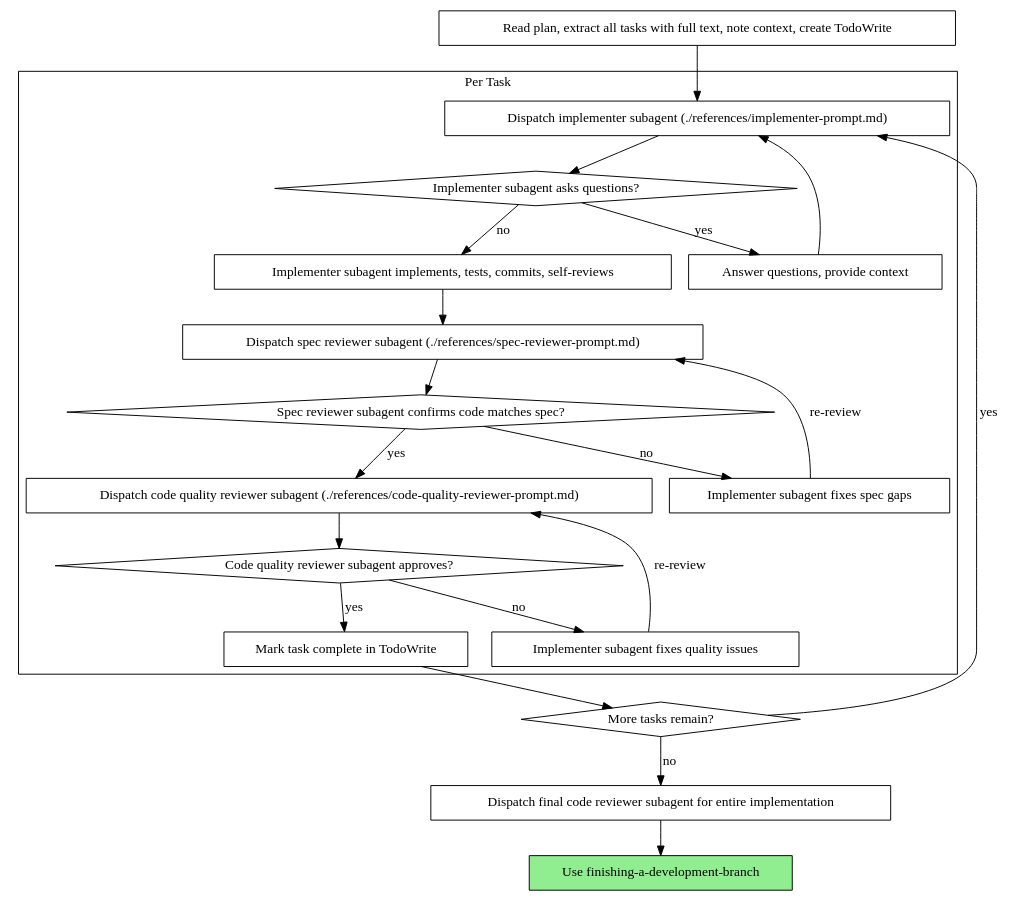
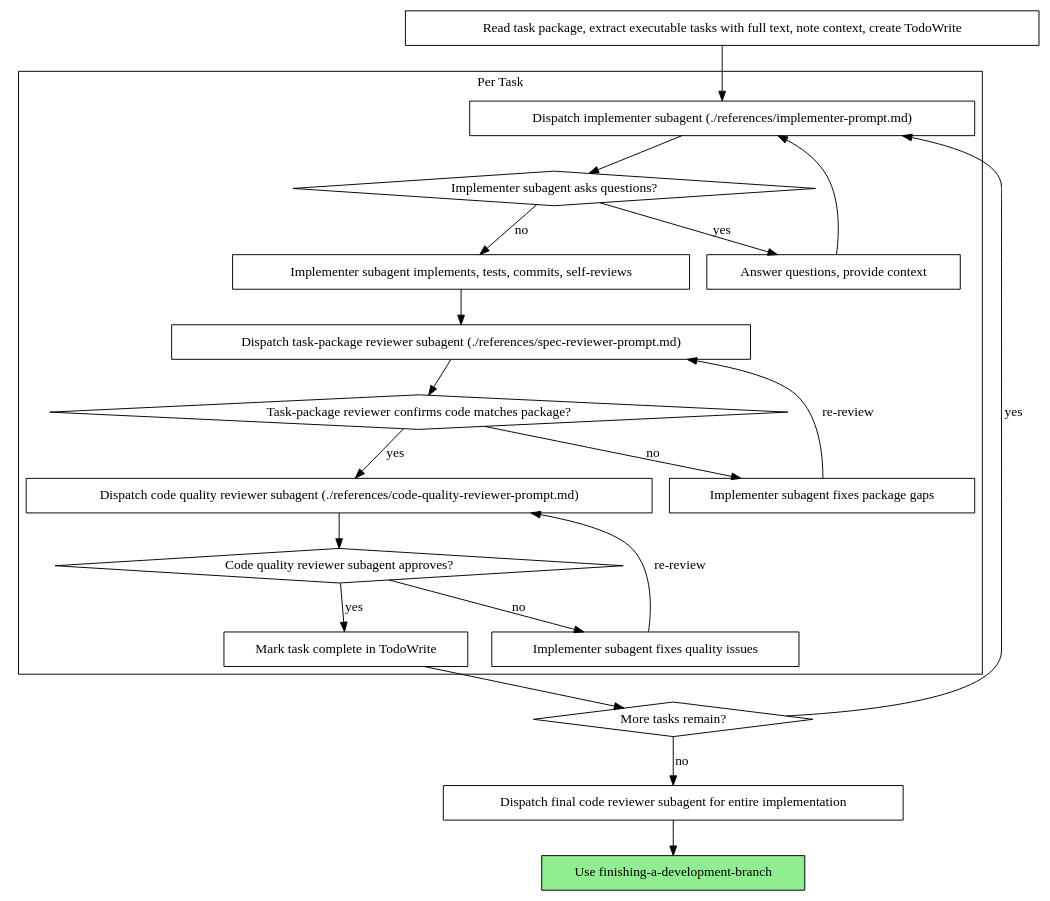
One commit to Krual-T/OpenHarness changed the second of 2 diagrams in skills/subagent-driven-development/SKILL.md. Above: the diagram before and after it, drawn with Graphviz. The commit also changed other lines of this file and 5 other files, not shown here.

Commit message:
fix: align workflow skills with task package semantics

````diff
--- a/skills/subagent-driven-development/SKILL.md
+++ b/skills/subagent-driven-development/SKILL.md
@@ -42,44 +42,44 @@
 ```dot
 digraph process {
     rankdir=TB;
 
     subgraph cluster_per_task {
         label="Per Task";
         "Dispatch implementer subagent (./references/implementer-prompt.md)" [shape=box];
         "Implementer subagent asks questions?" [shape=diamond];
         "Answer questions, provide context" [shape=box];
         "Implementer subagent implements, tests, commits, self-reviews" [shape=box];
-        "Dispatch spec reviewer subagent (./references/spec-reviewer-prompt.md)" [shape=box];
-        "Spec reviewer subagent confirms code matches spec?" [shape=diamond];
-        "Implementer subagent fixes spec gaps" [shape=box];
+        "Dispatch task-package reviewer subagent (./references/spec-reviewer-prompt.md)" [shape=box];
+        "Task-package reviewer confirms code matches package?" [shape=diamond];
+        "Implementer subagent fixes package gaps" [shape=box];
         "Dispatch code quality reviewer subagent (./references/code-quality-reviewer-prompt.md)" [shape=box];
         "Code quality reviewer subagent approves?" [shape=diamond];
         "Implementer subagent fixes quality issues" [shape=box];
         "Mark task complete in TodoWrite" [shape=box];
     }
 
-    "Read plan, extract all tasks with full text, note context, create TodoWrite" [shape=box];
+    "Read task package, extract executable tasks with full text, note context, create TodoWrite" [shape=box];
     "More tasks remain?" [shape=diamond];
     "Dispatch final code reviewer subagent for entire implementation" [shape=box];
     "Use finishing-a-development-branch" [shape=box style=filled fillcolor=lightgreen];
 
-    "Read plan, extract all tasks with full text, note context, create TodoWrite" -> "Dispatch implementer subagent (./references/implementer-prompt.md)";
+    "Read task package, extract executable tasks with full text, note context, create TodoWrite" -> "Dispatch implementer subagent (./references/implementer-prompt.md)";
     "Dispatch implementer subagent (./references/implementer-prompt.md)" -> "Implementer subagent asks questions?";
     "Implementer subagent asks questions?" -> "Answer questions, provide context" [label="yes"];
     "Answer questions, provide context" -> "Dispatch implementer subagent (./references/implementer-prompt.md)";
     "Implementer subagent asks questions?" -> "Implementer subagent implements, tests, commits, self-reviews" [label="no"];
-    "Implementer subagent implements, tests, commits, self-reviews" -> "Dispatch spec reviewer subagent (./references/spec-reviewer-prompt.md)";
-    "Dispatch spec reviewer subagent (./references/spec-reviewer-prompt.md)" -> "Spec reviewer subagent confirms code matches spec?";
-    "Spec reviewer subagent confirms code matches spec?" -> "Implementer subagent fixes spec gaps" [label="no"];
-    "Implementer subagent fixes spec gaps" -> "Dispatch spec reviewer subagent (./references/spec-reviewer-prompt.md)" [label="re-review"];
-    "Spec reviewer subagent confirms code matches spec?" -> "Dispatch code quality reviewer subagent (./references/code-quality-reviewer-prompt.md)" [label="yes"];
+    "Implementer subagent implements, tests, commits, self-reviews" -> "Dispatch task-package reviewer subagent (./references/spec-reviewer-prompt.md)";
+    "Dispatch task-package reviewer subagent (./references/spec-reviewer-prompt.md)" -> "Task-package reviewer confirms code matches package?";
+    "Task-package reviewer confirms code matches package?" -> "Implementer subagent fixes package gaps" [label="no"];
+    "Implementer subagent fixes package gaps" -> "Dispatch task-package reviewer subagent (./references/spec-reviewer-prompt.md)" [label="re-review"];
+    "Task-package reviewer confirms code matches package?" -> "Dispatch code quality reviewer subagent (./references/code-quality-reviewer-prompt.md)" [label="yes"];
     "Dispatch code quality reviewer subagent (./references/code-quality-reviewer-prompt.md)" -> "Code quality reviewer subagent approves?";
     "Code quality reviewer subagent approves?" -> "Implementer subagent fixes quality issues" [label="no"];
     "Implementer subagent fixes quality issues" -> "Dispatch code quality reviewer subagent (./references/code-quality-reviewer-prompt.md)" [label="re-review"];
     "Code quality reviewer subagent approves?" -> "Mark task complete in TodoWrite" [label="yes"];
     "Mark task complete in TodoWrite" -> "More tasks remain?";
     "More tasks remain?" -> "Dispatch implementer subagent (./references/implementer-prompt.md)" [label="yes"];
     "More tasks remain?" -> "Dispatch final code reviewer subagent for entire implementation" [label="no"];
     "Dispatch final code reviewer subagent for entire implementation" -> "Use finishing-a-development-branch";
 }
 ```
````
